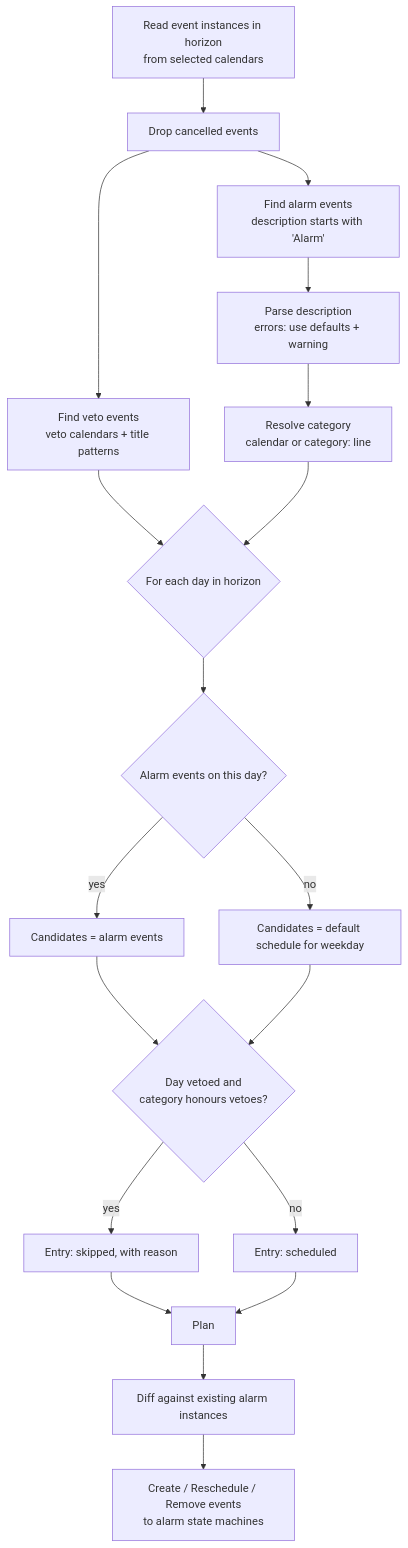
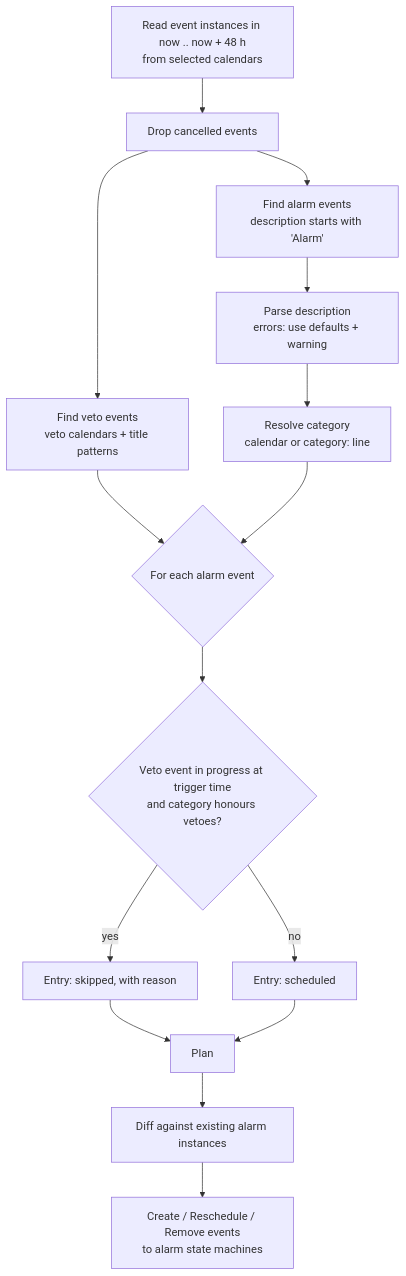
Before and after one commit to drehtuer/NextAlarmApp: the second of 4 diagrams in docs/architecture.md, drawn with Mermaid. The commit also changed other lines of this file and 4 other files, not shown here.

````diff
--- a/docs/architecture.md
+++ b/docs/architecture.md
@@ -87,21 +118,17 @@
 ```mermaid
 flowchart TD
-    A[Read event instances in horizon<br/>from selected calendars] --> B[Drop cancelled events]
+    A[Read event instances in now .. now + 48 h<br/>from selected calendars] --> B[Drop cancelled events]
     B --> C[Find veto events<br/>veto calendars + title patterns]
     B --> D[Find alarm events<br/>description starts with 'Alarm']
     D --> E[Parse description<br/>errors: use defaults + warning]
     E --> F[Resolve category<br/>calendar or category: line]
-    C --> G{For each day in horizon}
+    C --> G{For each alarm event}
     F --> G
-    G --> H{Alarm events on this day?}
-    H -- yes --> I[Candidates = alarm events]
-    H -- no --> J[Candidates = default schedule for weekday]
-    I --> K{Day vetoed and<br/>category honours vetoes?}
-    J --> K
+    G --> K{Veto event in progress at trigger time<br/>and category honours vetoes?}
     K -- yes --> L[Entry: skipped, with reason]
     K -- no --> M[Entry: scheduled]
     L --> N[Plan]
     M --> N
     N --> O[Diff against existing alarm instances]
     O --> P[Create / Reschedule / Remove events<br/>to alarm state machines]
 ```
````
